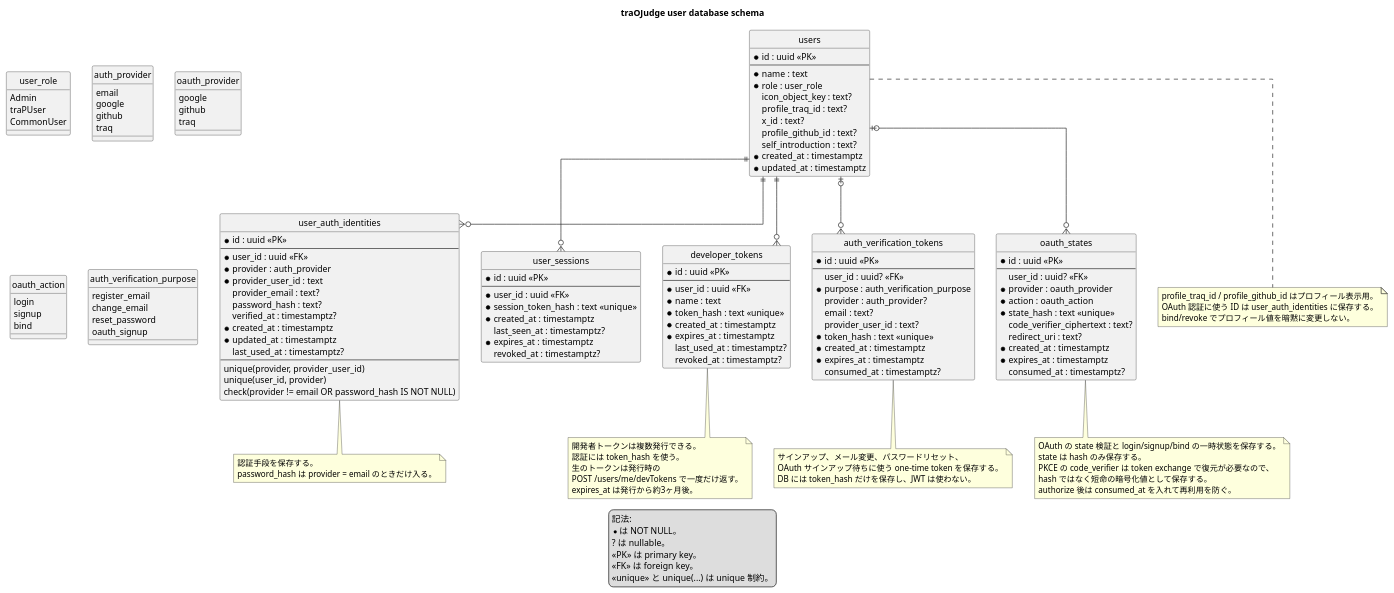
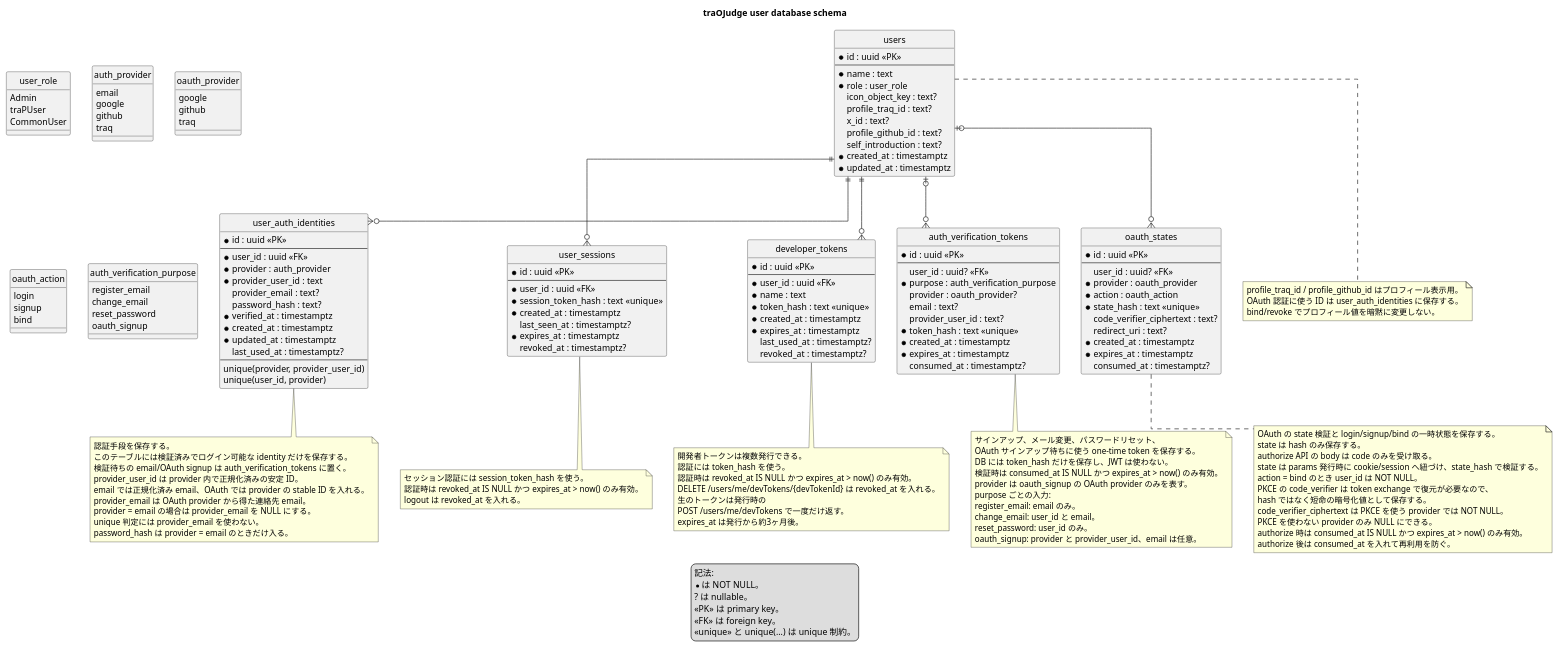
Before and after one commit to traP-jp/traOJudge: the diagram in docs/database/user.puml, drawn with PlantUML.

Commit message:
feat: ユーザー認証およびセッション管理の詳細を更新

```diff
--- a/docs/database/user.puml
+++ b/docs/database/user.puml
@@ -1,171 +1,198 @@
 @startuml user_database
 
 title traOJudge user database schema
 
 hide circle
 skinparam linetype ortho
 
 entity users {
   * id : uuid <<PK>>
   --
   * name : text
   * role : user_role
   icon_object_key : text?
   profile_traq_id : text?
   x_id : text?
   profile_github_id : text?
   self_introduction : text?
   * created_at : timestamptz
   * updated_at : timestamptz
 }
 
 entity user_auth_identities {
   * id : uuid <<PK>>
   --
   * user_id : uuid <<FK>>
   * provider : auth_provider
   * provider_user_id : text
   provider_email : text?
   password_hash : text?
-  verified_at : timestamptz?
+  * verified_at : timestamptz
   * created_at : timestamptz
   * updated_at : timestamptz
   last_used_at : timestamptz?
   --
   unique(provider, provider_user_id)
   unique(user_id, provider)
-  check(provider != email OR password_hash IS NOT NULL)
 }
 
 entity user_sessions {
   * id : uuid <<PK>>
   --
   * user_id : uuid <<FK>>
   * session_token_hash : text <<unique>>
   * created_at : timestamptz
   last_seen_at : timestamptz?
   * expires_at : timestamptz
   revoked_at : timestamptz?
 }
 
 entity developer_tokens {
   * id : uuid <<PK>>
   --
   * user_id : uuid <<FK>>
   * name : text
   * token_hash : text <<unique>>
   * created_at : timestamptz
   * expires_at : timestamptz
   last_used_at : timestamptz?
   revoked_at : timestamptz?
 }
 
 entity auth_verification_tokens {
   * id : uuid <<PK>>
   --
   user_id : uuid? <<FK>>
   * purpose : auth_verification_purpose
-  provider : auth_provider?
+  provider : oauth_provider?
   email : text?
   provider_user_id : text?
   * token_hash : text <<unique>>
   * created_at : timestamptz
   * expires_at : timestamptz
   consumed_at : timestamptz?
 }
 
 entity oauth_states {
   * id : uuid <<PK>>
   --
   user_id : uuid? <<FK>>
   * provider : oauth_provider
   * action : oauth_action
   * state_hash : text <<unique>>
   code_verifier_ciphertext : text?
   redirect_uri : text?
   * created_at : timestamptz
   * expires_at : timestamptz
   consumed_at : timestamptz?
 }
 
 enum user_role {
   Admin
   traPUser
   CommonUser
 }
 
 enum auth_provider {
   email
   google
   github
   traq
 }
 
 enum oauth_provider {
   google
   github
   traq
 }
 
 enum oauth_action {
   login
   signup
   bind
 }
 
 enum auth_verification_purpose {
   register_email
   change_email
   reset_password
   oauth_signup
 }
 
 users ||--o{ user_auth_identities
 users ||--o{ user_sessions
 users ||--o{ developer_tokens
 users |o--o{ auth_verification_tokens
 users |o--o{ oauth_states
 
 legend bottom
   記法:
   * は NOT NULL。
   ? は nullable。
   <<PK>> は primary key。
   <<FK>> は foreign key。
   <<unique>> と unique(...) は unique 制約。
 end legend
 
 note bottom of users
   profile_traq_id / profile_github_id はプロフィール表示用。
   OAuth 認証に使う ID は user_auth_identities に保存する。
   bind/revoke でプロフィール値を暗黙に変更しない。
 end note
 
 note bottom of user_auth_identities
   認証手段を保存する。
+  このテーブルには検証済みでログイン可能な identity だけを保存する。
+  検証待ちの email/OAuth signup は auth_verification_tokens に置く。
+  provider_user_id は provider 内で正規化済みの安定 ID。
+  email では正規化済み email、OAuth では provider の stable ID を入れる。
+  provider_email は OAuth provider から得た連絡先 email。
+  provider = email の場合は provider_email を NULL にする。
+  unique 判定には provider_email を使わない。
   password_hash は provider = email のときだけ入る。
 end note
 
 note bottom of developer_tokens
   開発者トークンは複数発行できる。
   認証には token_hash を使う。
+  認証時は revoked_at IS NULL かつ expires_at > now() のみ有効。
+  DELETE /users/me/devTokens/{devTokenId} は revoked_at を入れる。
   生のトークンは発行時の
   POST /users/me/devTokens で一度だけ返す。
   expires_at は発行から約3ヶ月後。
+end note
+
+note bottom of user_sessions
+  セッション認証には session_token_hash を使う。
+  認証時は revoked_at IS NULL かつ expires_at > now() のみ有効。
+  logout は revoked_at を入れる。
 end note
 
 note bottom of auth_verification_tokens
   サインアップ、メール変更、パスワードリセット、
   OAuth サインアップ待ちに使う one-time token を保存する。
   DB には token_hash だけを保存し、JWT は使わない。
+  検証時は consumed_at IS NULL かつ expires_at > now() のみ有効。
+  provider は oauth_signup の OAuth provider のみを表す。
+  purpose ごとの入力:
+  register_email: email のみ。
+  change_email: user_id と email。
+  reset_password: user_id のみ。
+  oauth_signup: provider と provider_user_id、email は任意。
 end note
 
 note bottom of oauth_states
   OAuth の state 検証と login/signup/bind の一時状態を保存する。
   state は hash のみ保存する。
+  authorize API の body は code のみを受け取る。
+  state は params 発行時に cookie/session へ紐づけ、state_hash で検証する。
+  action = bind のとき user_id は NOT NULL。
   PKCE の code_verifier は token exchange で復元が必要なので、
   hash ではなく短命の暗号化値として保存する。
+  code_verifier_ciphertext は PKCE を使う provider では NOT NULL。
+  PKCE を使わない provider のみ NULL にできる。
+  authorize 時は consumed_at IS NULL かつ expires_at > now() のみ有効。
   authorize 後は consumed_at を入れて再利用を防ぐ。
 end note
 
 @enduml
```
